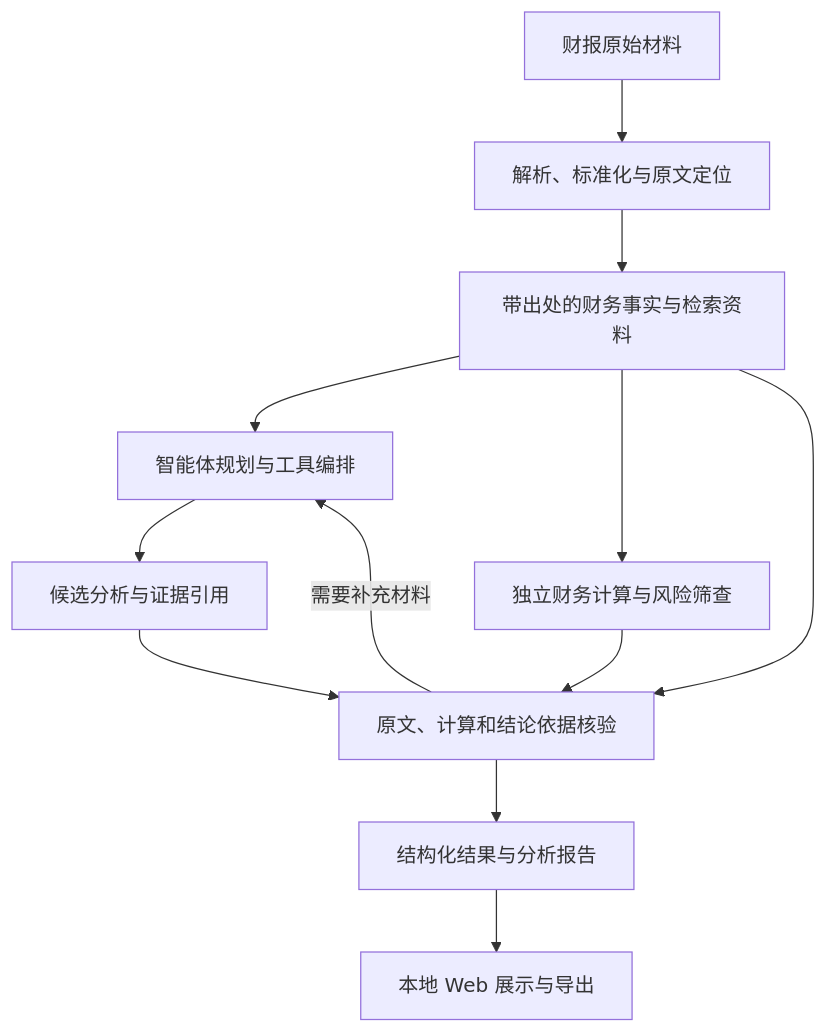
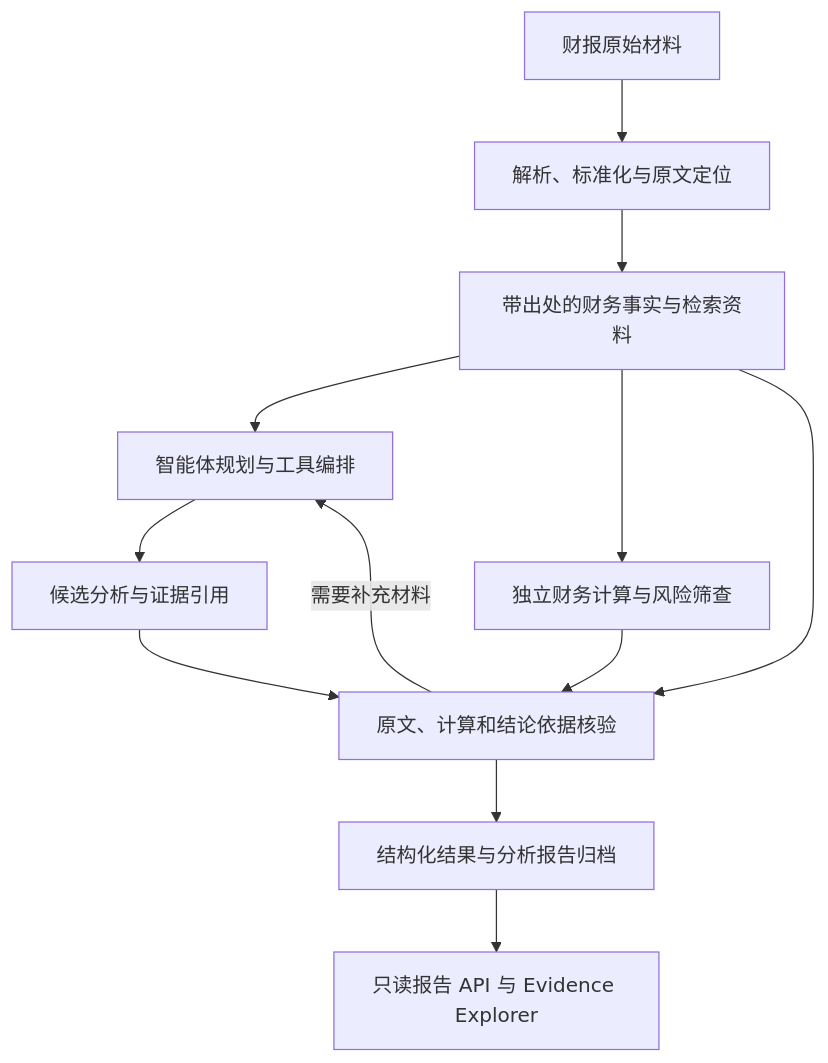
One commit to Waterfak3r/financial-ai-competition changed the diagram in docs/architecture.md. Above: the diagram before and after it, drawn with Mermaid. The commit also changed other lines of this file and 6 other files, not shown here.

````diff
--- a/docs/architecture.md
+++ b/docs/architecture.md
@@ -27,14 +27,14 @@
 ```mermaid
 flowchart TD
     A["财报原始材料"] --> B["解析、标准化与原文定位"]
     B --> C["带出处的财务事实与检索资料"]
     C --> D["智能体规划与工具编排"]
     C --> E["独立财务计算与风险筛查"]
     D --> F["候选分析与证据引用"]
     F --> G["原文、计算和结论依据核验"]
     E --> G
     C --> G
-    G --> H["结构化结果与分析报告"]
+    G --> H["结构化结果与分析报告归档"]
     G -->|需要补充材料| D
-    H --> I["本地 Web 展示与导出"]
+    H --> I["只读报告 API 与 Evidence Explorer"]
 ```
````
